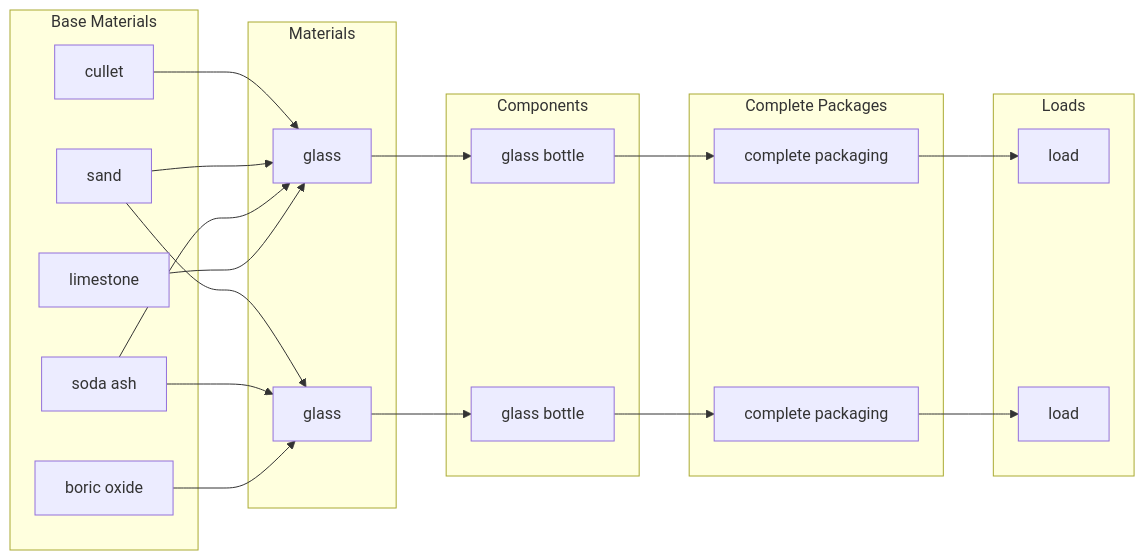
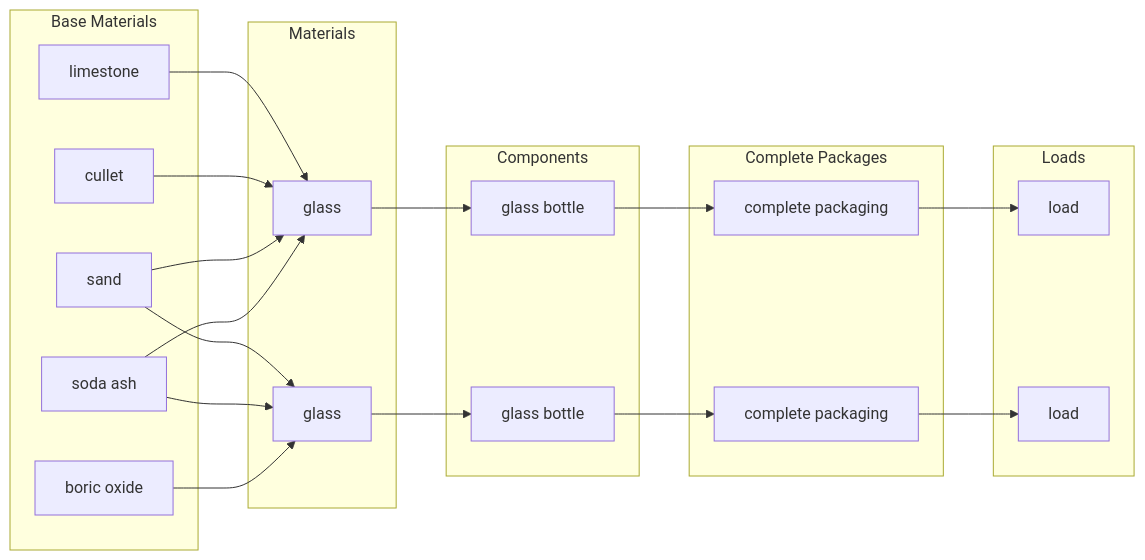
The third of 4 diagrams in docs/1_Start_Here/1_3_Data_Flow.md (OpenDataManchester/Open3P), drawn with Mermaid before and after one commit. The commit also changed other lines of this file, not shown here.

````diff
--- a/docs/1_Start_Here/1_3_Data_Flow.md
+++ b/docs/1_Start_Here/1_3_Data_Flow.md
@@ -65,39 +65,39 @@
 ``` mermaid
 flowchart LR
     subgraph baseMaterials[Base Materials]
         bm_sand[sand]
         bm_sodaAsh[soda ash]
         bm_limestone[limestone]
         bm_cullet[cullet]
         bm_boricOxide[boric oxide]
     end
     subgraph materials[Materials]
         ma_glass1[glass]
         ma_glass2[glass]
     end
     subgraph components[Components]
         co_glassBottle1[glass bottle]
         co_glassBottle2[glass bottle]
     end
     subgraph completePackages[Complete Packages]
         cp_example1[complete packaging]
         cp_example2[complete packaging]
     end
     subgraph loads[Loads]
         lo_example1[load]
         lo_example2[load]
     end
+    bm_limestone --> ma_glass1
     bm_cullet --> ma_glass1
     bm_sand --> ma_glass1
     bm_sand --> ma_glass2
     bm_sodaAsh --> ma_glass1
     bm_sodaAsh --> ma_glass2
-    bm_limestone --> ma_glass1
     bm_boricOxide --> ma_glass2
     ma_glass1 --> co_glassBottle1
     ma_glass2 --> co_glassBottle2
     co_glassBottle1 --> cp_example1
     co_glassBottle2 --> cp_example2
     cp_example1 --> lo_example1
     cp_example2 --> lo_example2
 ```
````
